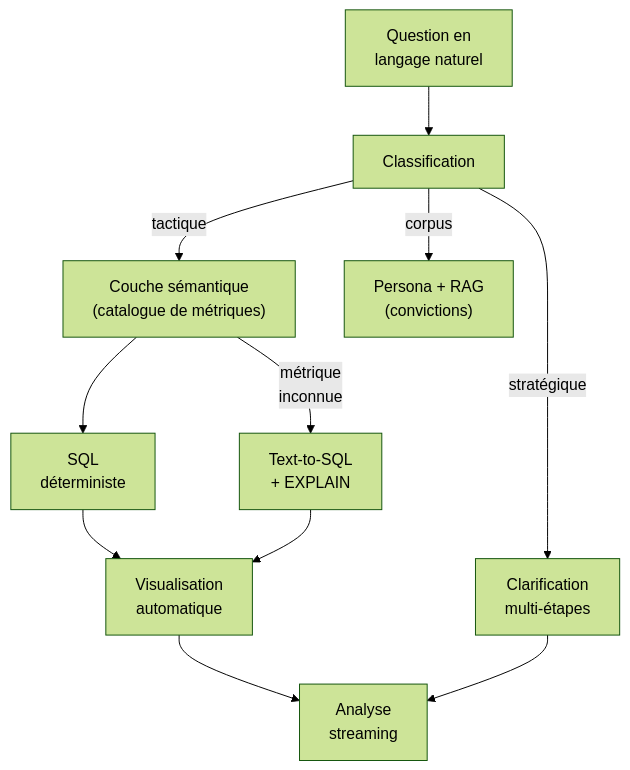
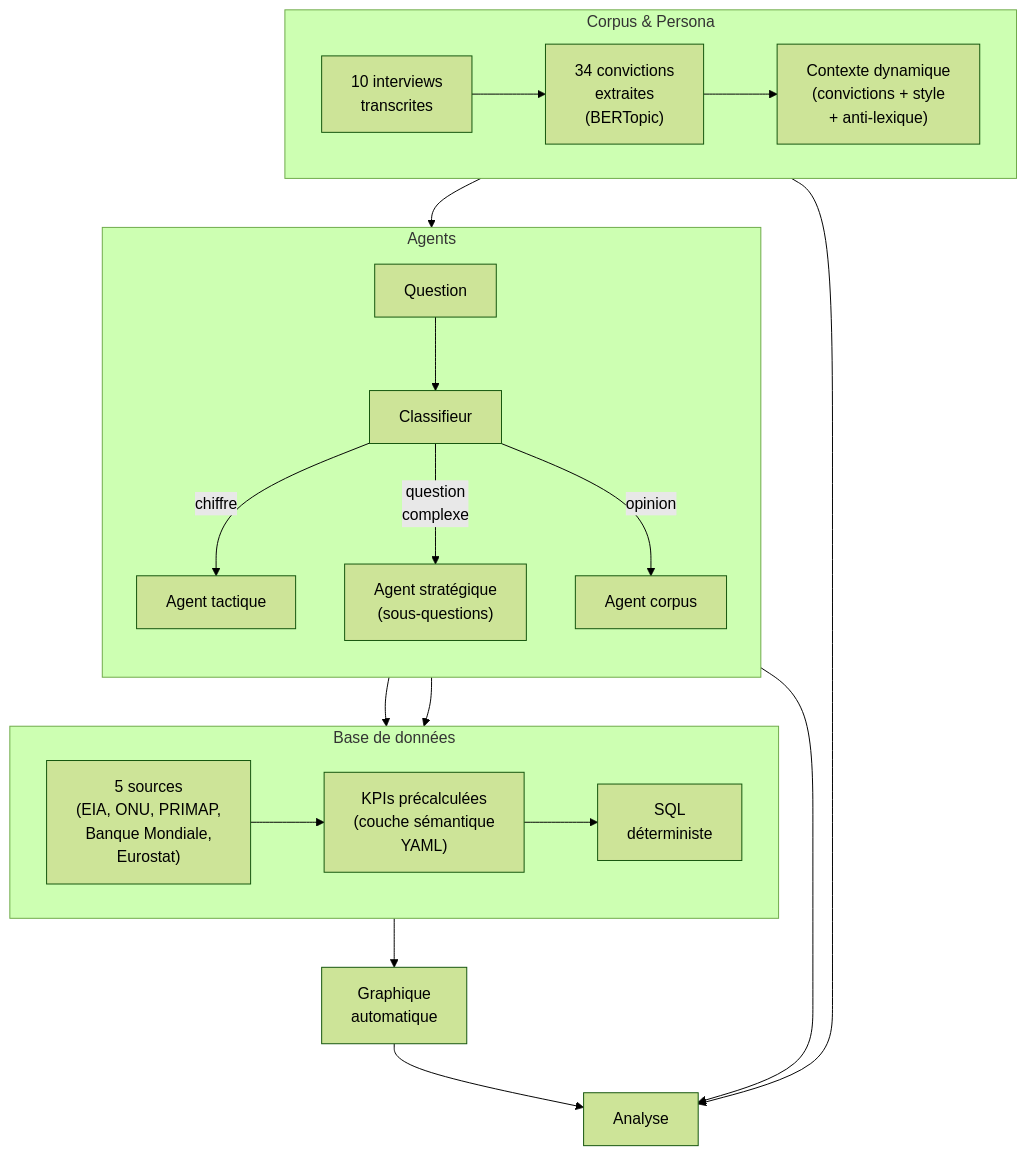
The sixth of 6 diagrams in content/applications.md (jbdaudet/leplusgrandnombre), drawn with Mermaid (forest theme) before and after one commit. The commit also changed other lines of this file and 2 other files, not shown here.

Commit message:
retravail du dashboard interactif

```diff
--- a/content/applications.md
+++ b/content/applications.md
@@ -222,13 +222,30 @@
 {{< mermaid >}}
 flowchart TB
-    Q["Question en\nlangage naturel"] --> CL["Classification"]
-    CL -->|tactique| SL["Couche sémantique\n(catalogue de métriques)"]
-    CL -->|stratégique| ST["Clarification\nmulti-étapes"]
-    CL -->|corpus| RAG["Persona + RAG\n(convictions)"]
-    SL --> SQL["SQL\ndéterministe"]
-    SL -->|"métrique\ninconnue"| T2S["Text-to-SQL\n+ EXPLAIN"]
-    SQL --> VIZ["Visualisation\nautomatique"]
-    T2S --> VIZ
-    VIZ --> AN["Analyse\nstreaming"]
-    ST --> AN
+    subgraph PERSONA ["Corpus & Persona"]
+        direction LR
+        INT["10 interviews\ntranscrites"] --> CONV["34 convictions\nextraites\n(BERTopic)"]
+        CONV --> CTX["Contexte dynamique\n(convictions + style\n+ anti-lexique)"]
+    end
+
+    subgraph AGENTS ["Agents"]
+        direction TB
+        Q["Question"] --> CL["Classifieur"]
+        CL -->|"chiffre"| TAC["Agent tactique"]
+        CL -->|"question\ncomplexe"| STR["Agent stratégique\n(sous-questions)"]
+        CL -->|"opinion"| COR["Agent corpus"]
+    end
+
+    subgraph DATA ["Base de données"]
+        direction LR
+        SRC["5 sources\n(EIA, ONU, PRIMAP,\nBanque Mondiale,\nEurostat)"] --> KPI["KPIs précalculées\n(couche sémantique\nYAML)"]
+        KPI --> SQL["SQL\ndéterministe"]
+    end
+
+    TAC --> SQL
+    STR --> SQL
+    SQL --> VIZ["Graphique\nautomatique"]
+    VIZ --> AN["Analyse"]
+    COR --> AN
+    CTX --> AN
+    CTX --> COR
 {{< /mermaid >}}
```
